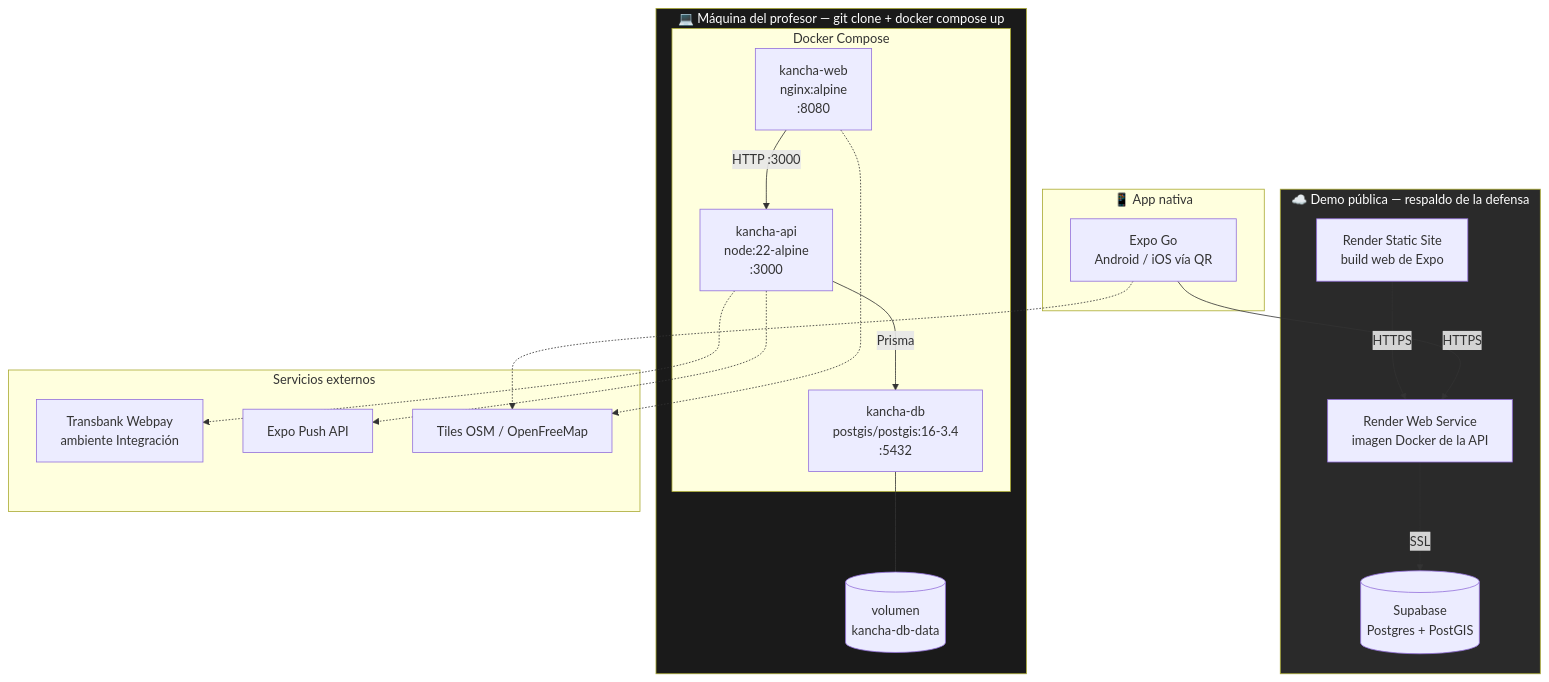
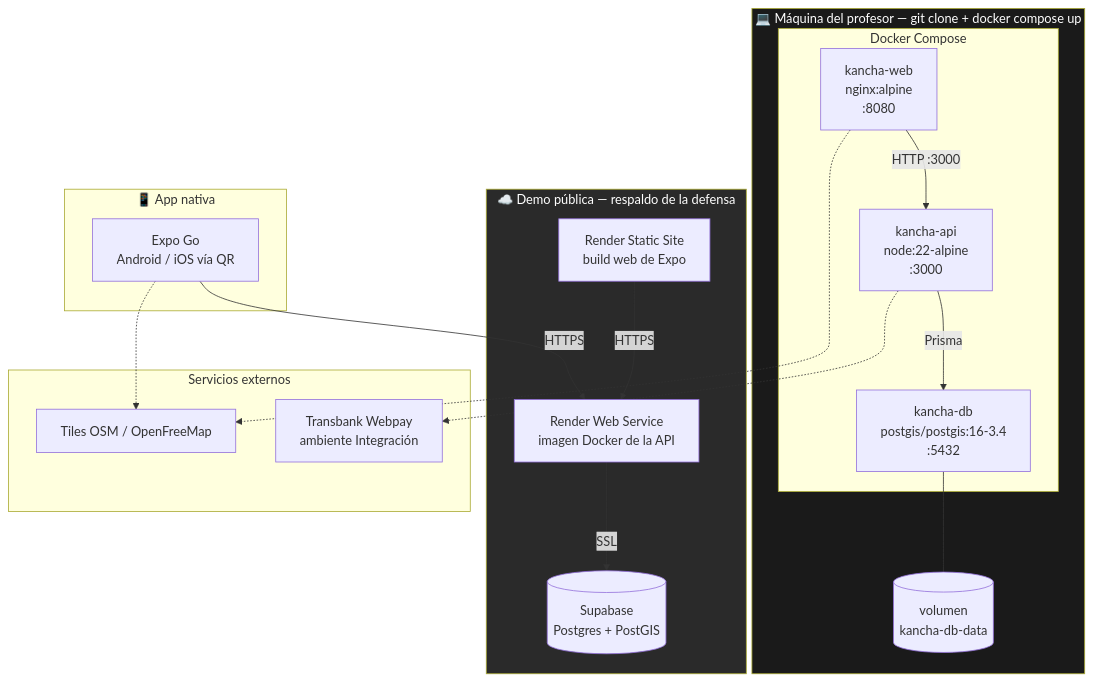
Before and after one commit to avenaaaa/KANCHA: the diagram in fase-2-desarrollo/docs/diagramas/despliegue-docker.mmd, drawn with Mermaid. The commit also changed 33 other files, not shown here.

```diff
--- a/fase-2-desarrollo/docs/diagramas/despliegue-docker.mmd
+++ b/fase-2-desarrollo/docs/diagramas/despliegue-docker.mmd
@@ -1,38 +1,37 @@
 flowchart TB
     subgraph DEV["💻 Máquina del profesor — git clone + docker compose up"]
         subgraph DC["Docker Compose"]
             C1["kancha-db<br/>postgis/postgis:16-3.4<br/>:5432"]
             C2["kancha-api<br/>node:22-alpine<br/>:3000"]
             C3["kancha-web<br/>nginx:alpine<br/>:8080"]
         end
         VOL[("volumen<br/>kancha-db-data")]
     end
 
     subgraph CLOUD["☁️ Demo pública — respaldo de la defensa"]
         R1["Render Web Service<br/>imagen Docker de la API"]
         R2["Render Static Site<br/>build web de Expo"]
         S1[("Supabase<br/>Postgres + PostGIS")]
     end
 
     subgraph MOBILE["📱 App nativa"]
         M1["Expo Go<br/>Android / iOS vía QR"]
     end
 
     subgraph EXT["Servicios externos"]
         E1["Transbank Webpay<br/>ambiente Integración"]
-        E2["Expo Push API"]
         E3["Tiles OSM / OpenFreeMap"]
     end
 
     C3 -->|"HTTP :3000"| C2
     C2 -->|"Prisma"| C1
     C1 --- VOL
     R2 -->|"HTTPS"| R1
     R1 -->|"SSL"| S1
     M1 -->|"HTTPS"| R1
-    C2 -.-> E1 & E2
+    C2 -.-> E1
     C3 -.-> E3
     M1 -.-> E3
 
     style DEV fill:#1A1A1A,color:#FFFFFF
     style CLOUD fill:#2A2A2A,color:#FFFFFF
```
